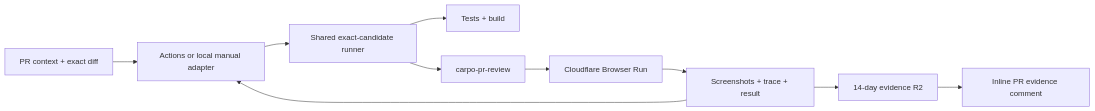
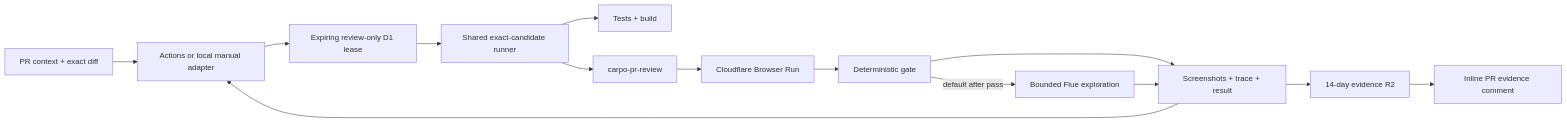
One commit to dayhaysoos/carpo changed the diagram in docs/research/cloudflare-release-verification-harness.md. Above: the diagram before and after it, drawn with Mermaid. The commit also changed other lines of this file and 21 other files, not shown here.

````diff
--- a/docs/research/cloudflare-release-verification-harness.md
+++ b/docs/research/cloudflare-release-verification-harness.md
@@ -22,12 +30,16 @@
 ```mermaid
 flowchart LR
     PR[PR context + exact diff] --> TRIGGER[Actions or local manual adapter]
-    TRIGGER --> RUNNER[Shared exact-candidate runner]
+    TRIGGER --> LEASE[Expiring review-only D1 lease]
+    LEASE --> RUNNER[Shared exact-candidate runner]
     RUNNER --> CHECKS[Tests + build]
     RUNNER --> DEPLOY[carpo-pr-review]
     DEPLOY --> CF[Cloudflare Browser Run]
-    CF --> EVIDENCE[Screenshots + trace + result]
+    CF --> GATE[Deterministic gate]
+    GATE -->|default after pass| FLUE[Bounded Flue exploration]
+    GATE --> EVIDENCE[Screenshots + trace + result]
+    FLUE --> EVIDENCE
     EVIDENCE --> R2[14-day evidence R2]
     R2 --> COMMENT[Inline PR evidence comment]
     EVIDENCE --> TRIGGER
 ```
````
